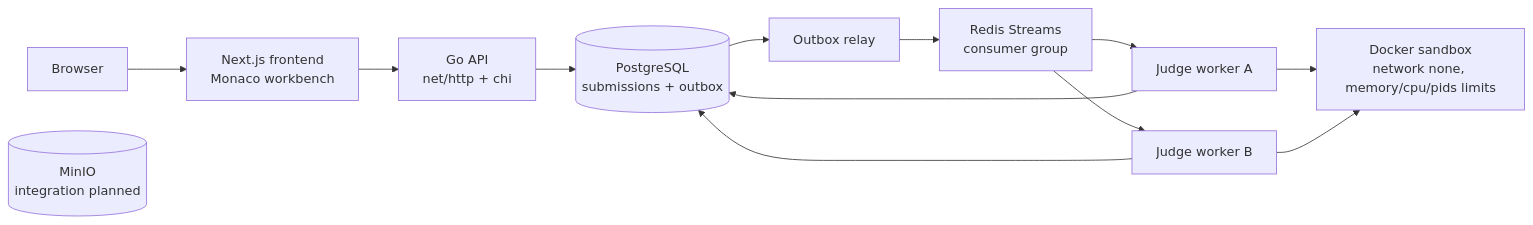
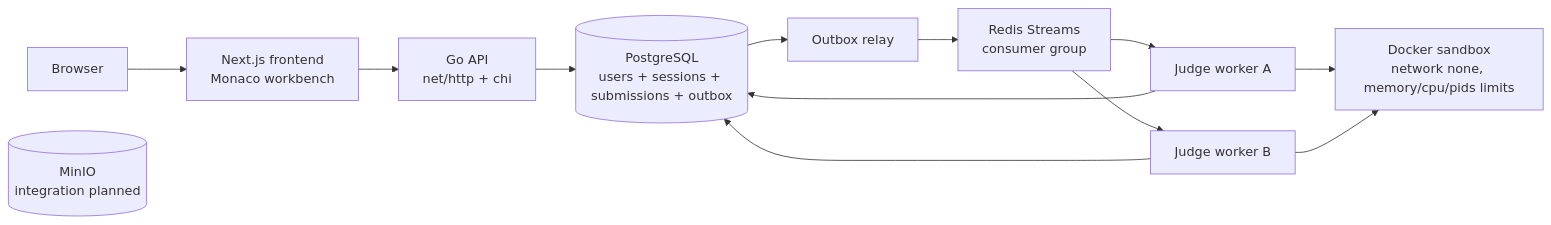
Before and after one commit to kaii9/codingJudge: the diagram in README.md, drawn with Mermaid. The commit also changed other lines of this file and 27 other files, not shown here.

````diff
--- a/README.md
+++ b/README.md
@@ -28,15 +28,15 @@
 ```mermaid
 flowchart LR
     Browser[Browser] --> Frontend[Next.js frontend<br/>Monaco workbench]
     Frontend --> API[Go API<br/>net/http + chi]
-    API --> Store[(PostgreSQL<br/>submissions + outbox)]
+    API --> Store[(PostgreSQL<br/>users + sessions + submissions + outbox)]
     Store --> Relay[Outbox relay]
     Relay --> Queue[Redis Streams<br/>consumer group]
     Queue --> WorkerA[Judge worker A]
     Queue --> WorkerB[Judge worker B]
     WorkerA --> Store
     WorkerB --> Store
     WorkerA --> Docker[Docker sandbox<br/>network none, memory/cpu/pids limits]
     WorkerB --> Docker
     MinIO[(MinIO<br/>integration planned)]
 ```
````
